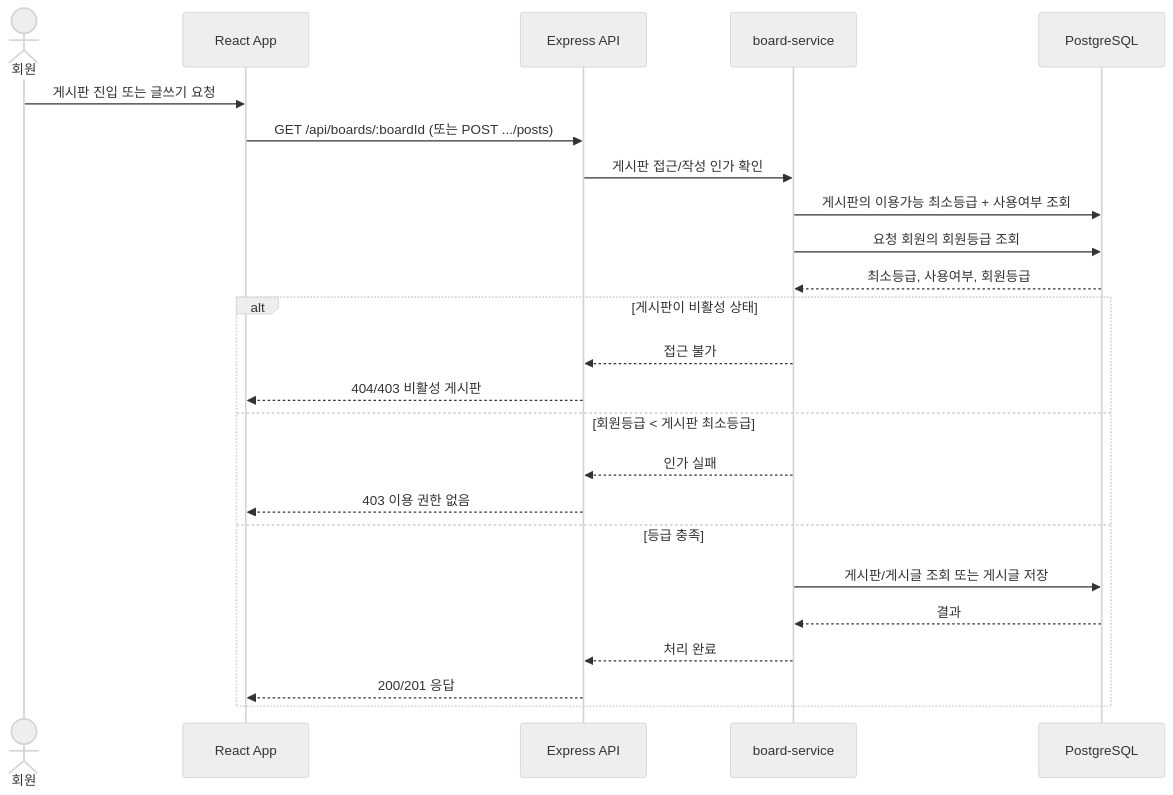
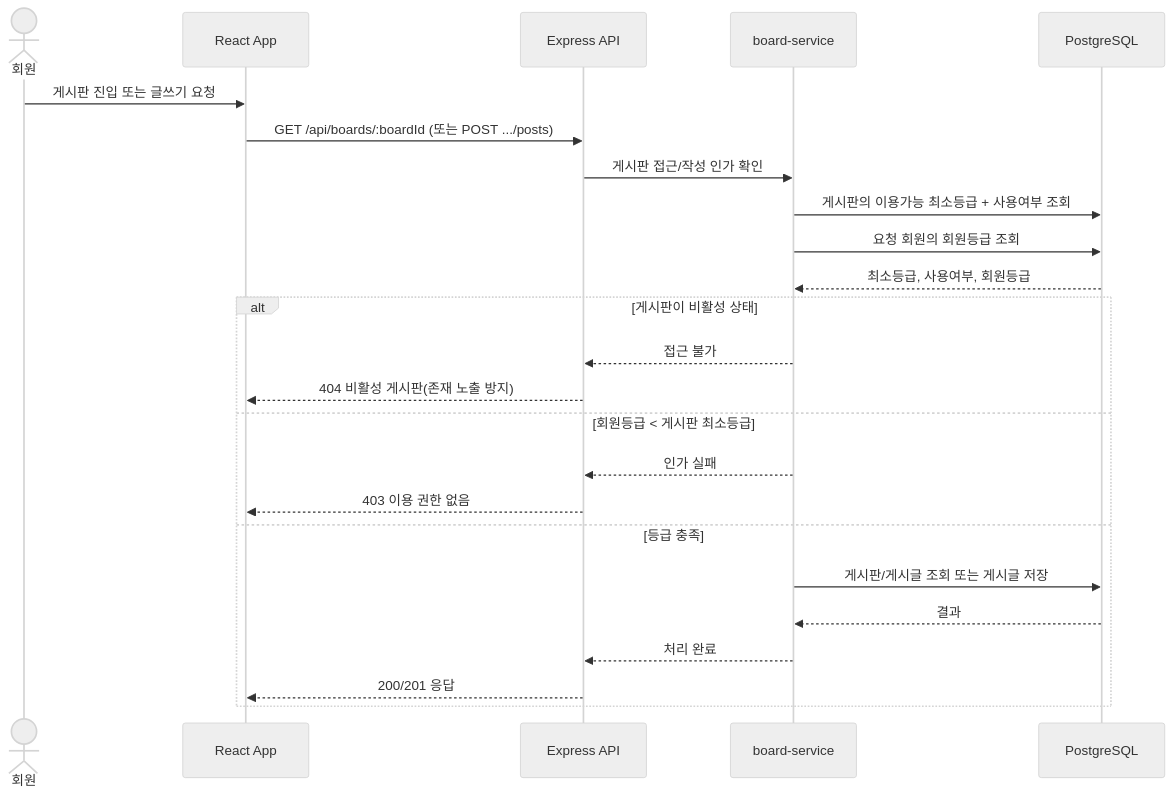
The fourth of 4 diagrams in docs/6-arch-diagram.md (kfanfanbT9/ClubHome), drawn with Mermaid (neutral theme) before and after one commit. The commit also changed other lines of this file and 22 other files, not shown here.

````diff
--- a/docs/6-arch-diagram.md
+++ b/docs/6-arch-diagram.md
@@ -125,27 +138,27 @@
 ```mermaid
 sequenceDiagram
     actor U as 회원
     participant FE as React App
     participant API as Express API
     participant SVC as board-service
     participant DB as PostgreSQL
 
     U->>FE: 게시판 진입 또는 글쓰기 요청
     FE->>API: GET /api/boards/:boardId (또는 POST .../posts)
     API->>SVC: 게시판 접근/작성 인가 확인
     SVC->>DB: 게시판의 이용가능 최소등급 + 사용여부 조회
     SVC->>DB: 요청 회원의 회원등급 조회
     DB-->>SVC: 최소등급, 사용여부, 회원등급
     alt 게시판이 비활성 상태
         SVC-->>API: 접근 불가
-        API-->>FE: 404/403 비활성 게시판
+        API-->>FE: 404 비활성 게시판(존재 노출 방지)
     else 회원등급 < 게시판 최소등급
         SVC-->>API: 인가 실패
         API-->>FE: 403 이용 권한 없음
     else 등급 충족
         SVC->>DB: 게시판/게시글 조회 또는 게시글 저장
         DB-->>SVC: 결과
         SVC-->>API: 처리 완료
         API-->>FE: 200/201 응답
     end
 ```
````
